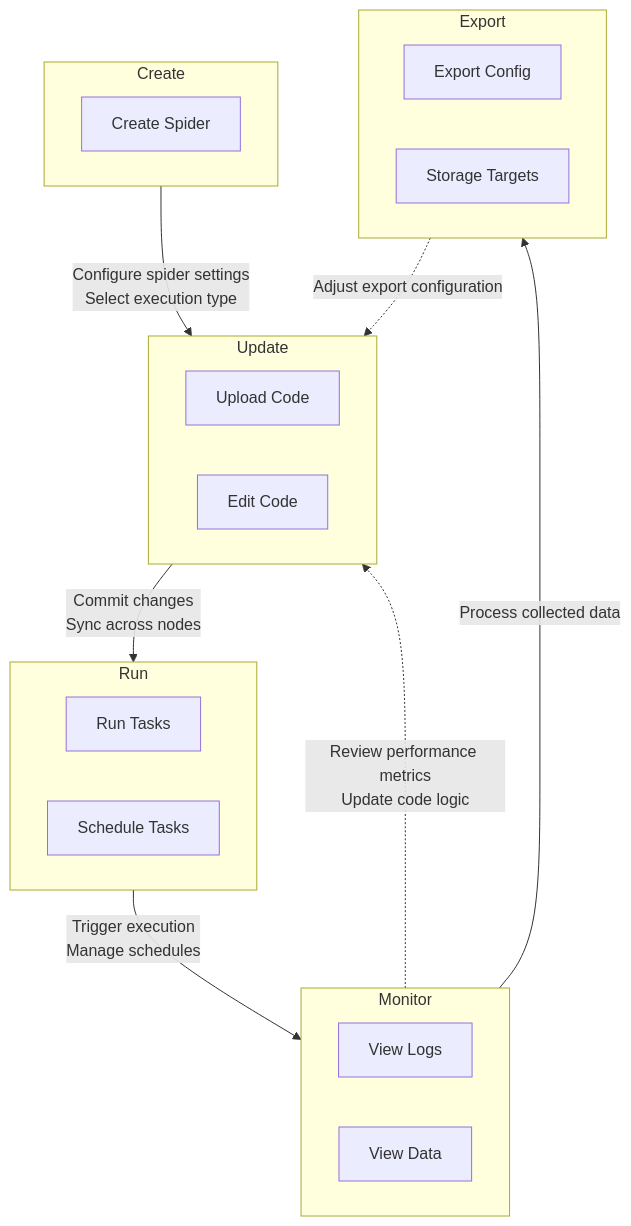
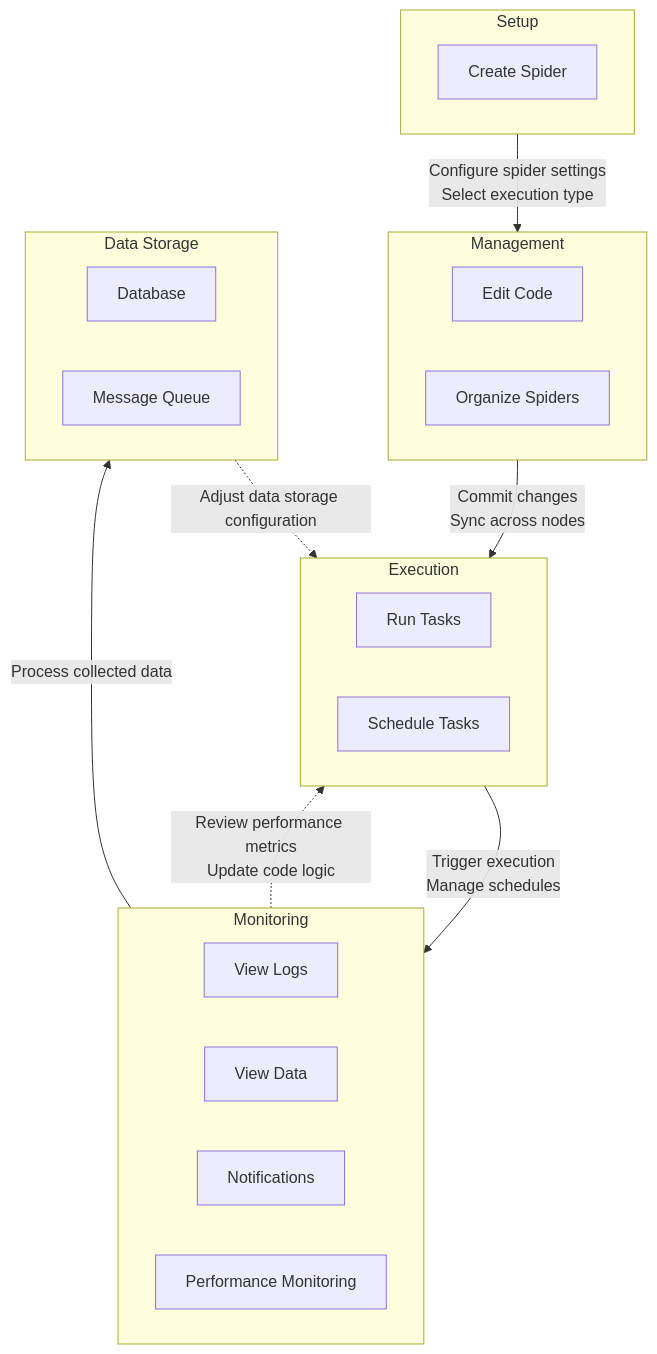
Before and after one commit to crawlab-team/crawlab-docs: the diagram in packages/v0.7/docs/guides/spiders/index.md, drawn with Mermaid. The commit also changed other lines of this file and 18 other files, not shown here.

Commit message:
docs: update sidebar labels and enhance documentation for database management and task logs

````diff
--- a/packages/v0.7/docs/guides/spiders/index.md
+++ b/packages/v0.7/docs/guides/spiders/index.md
@@ -26,29 +26,31 @@
 ```mermaid
 graph TD
-    subgraph c[Create]
+    subgraph c[Setup]
         cs[Create Spider]
     end
-    subgraph e[Update]
-        uc[Upload Code]
+    subgraph mg[Management]
         ec[Edit Code]
+        os[Organize Spiders]
     end
-    subgraph r[Run]
+    subgraph e[Execution]
         rt[Run Tasks]
         st[Schedule Tasks]
     end
-    subgraph m[Monitor]
+    subgraph m[Monitoring]
         vl[View Logs]
         vd[View Data]
+        n[Notifications]
+        pm[Performance Monitoring]
     end
-    subgraph d[Export]
-        ex[Export Config]
-        sa[Storage Targets]
+    subgraph ds[Data Storage]
+        db[Database]
+        mq[Message Queue]
     end
 
-    c -->|Configure spider settings<br/>Select execution type| e
-    e -->|Commit changes<br/>Sync across nodes| r
-    r -->|Trigger execution<br/>Manage schedules| m
-    m -->|Process collected data| d
-    d -.->|Adjust export configuration| e
+    c -->|Configure spider settings<br/>Select execution type| mg
+    mg -->|Commit changes<br/>Sync across nodes| e
+    e -->|Trigger execution<br/>Manage schedules| m
+    m -->|Process collected data| ds
+    ds -.->|Adjust data storage configuration| e
     m -.->|Review performance metrics<br/>Update code logic| e
 ```
````
